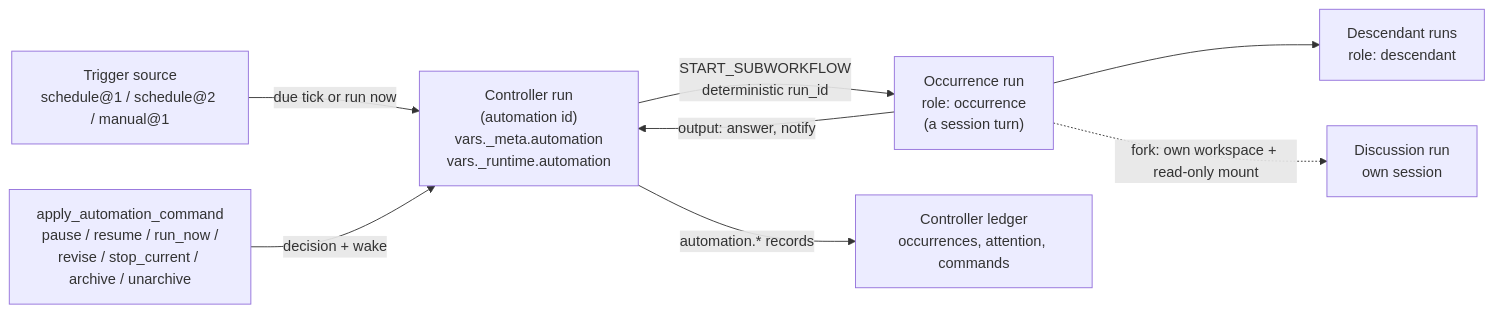
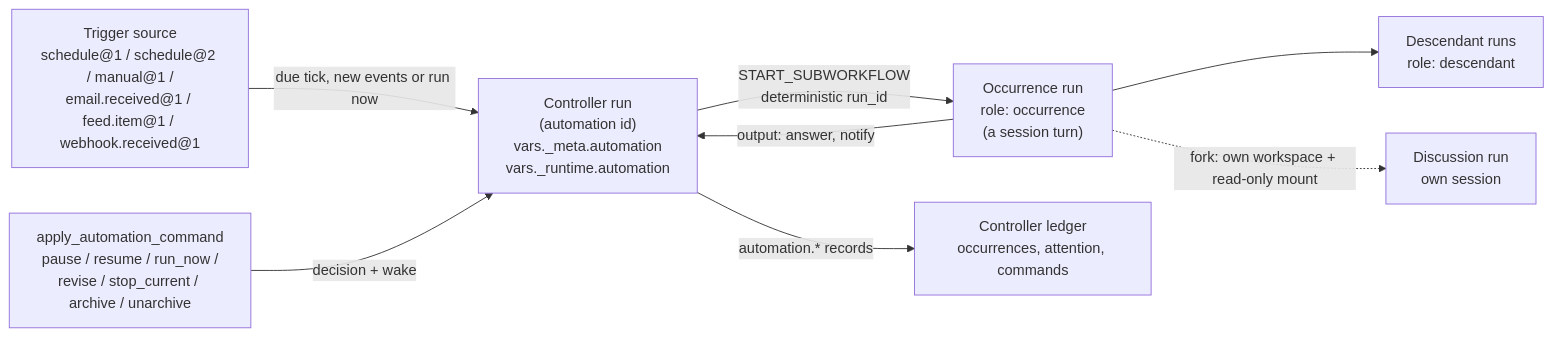
One commit to lpalbou/AbstractRuntime changed the first of 2 diagrams in docs/automations.md. Above: the diagram before and after it, drawn with Mermaid. The commit also changed other lines of this file and 10 other files, not shown here.

````diff
--- a/docs/automations.md
+++ b/docs/automations.md
@@ -34,10 +35,10 @@
 ```mermaid
 flowchart LR
-  Trigger["Trigger source<br/>schedule@1 / schedule@2 / manual@1"] -->|"due tick or run now"| Controller["Controller run<br/>(automation id)<br/>vars._meta.automation<br/>vars._runtime.automation"]
+  Trigger["Trigger source<br/>schedule@1 / schedule@2 / manual@1 /<br/>email.received@1 / feed.item@1 / webhook.received@1"] -->|"due tick, new events or run now"| Controller["Controller run<br/>(automation id)<br/>vars._meta.automation<br/>vars._runtime.automation"]
   Commands["apply_automation_command<br/>pause / resume / run_now /<br/>revise / stop_current / archive / unarchive"] -->|"decision + wake"| Controller
   Controller -->|"START_SUBWORKFLOW<br/>deterministic run_id"| Occurrence["Occurrence run<br/>role: occurrence<br/>(a session turn)"]
   Occurrence --> Descendants["Descendant runs<br/>role: descendant"]
   Occurrence -->|"output: answer, notify"| Controller
   Controller -->|"automation.* records"| Ledger["Controller ledger<br/>occurrences, attention, commands"]
   Occurrence -.->|"fork: own workspace + read-only mount"| Discussion["Discussion run<br/>own session"]
 ```
````
